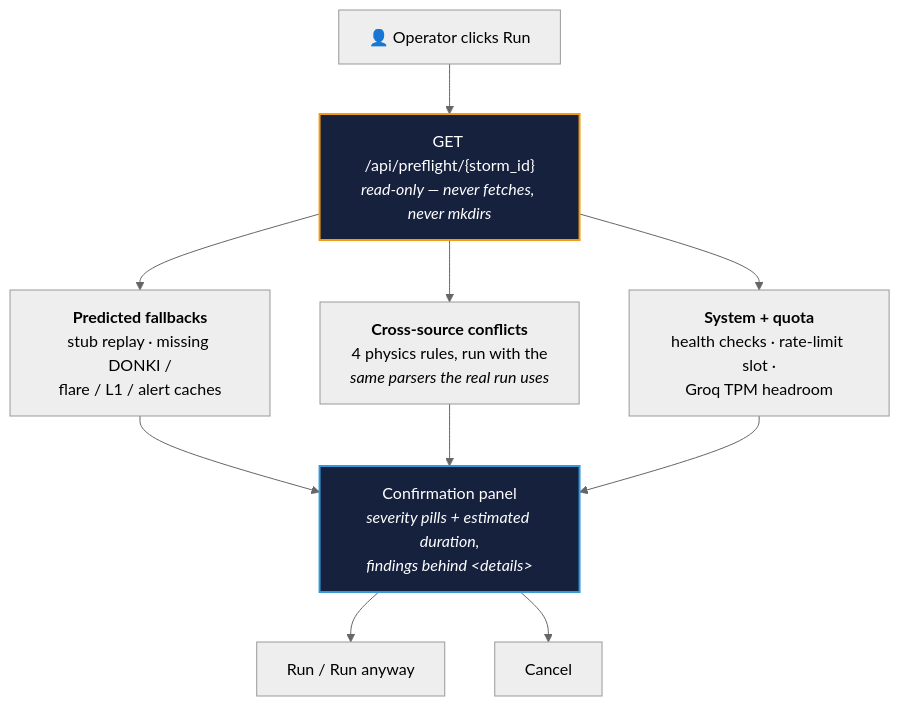
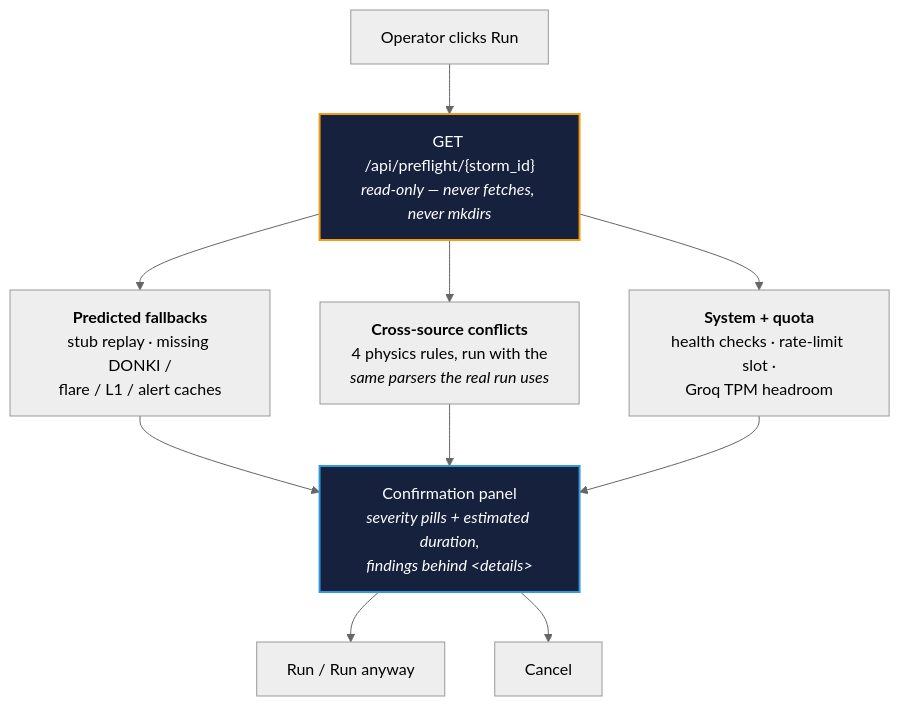
The fourth of 6 diagrams in README.md (trh-ds/HelioOps), drawn with Mermaid (neutral theme) before and after one commit. The commit also changed other lines of this file, not shown here.

````diff
--- a/README.md
+++ b/README.md
@@ -450,15 +450,15 @@
 ```mermaid
 flowchart TD
-    R["👤 Operator clicks Run"] --> P["GET /api/preflight/{storm_id}<br/><i>read-only — never fetches, never mkdirs</i>"]
+    R["Operator clicks Run"] --> P["GET /api/preflight/{storm_id}<br/><i>read-only — never fetches, never mkdirs</i>"]
 
     P --> F1["<b>Predicted fallbacks</b><br/>stub replay · missing DONKI /<br/>flare / L1 / alert caches"]
     P --> F2["<b>Cross-source conflicts</b><br/>4 physics rules, run with the<br/><i>same parsers the real run uses</i>"]
     P --> F3["<b>System + quota</b><br/>health checks · rate-limit slot ·<br/>Groq TPM headroom"]
 
     F1 & F2 & F3 --> G["Confirmation panel<br/><i>severity pills + estimated duration,<br/>findings behind &lt;details&gt;</i>"]
     G --> A["Run / Run anyway"]
     G --> C["Cancel"]
 
     style P fill:#16213e,stroke:#f39c12,stroke-width:2px,color:#fff
     style G fill:#16213e,stroke:#3498db,stroke-width:2px,color:#fff
 ```
````
